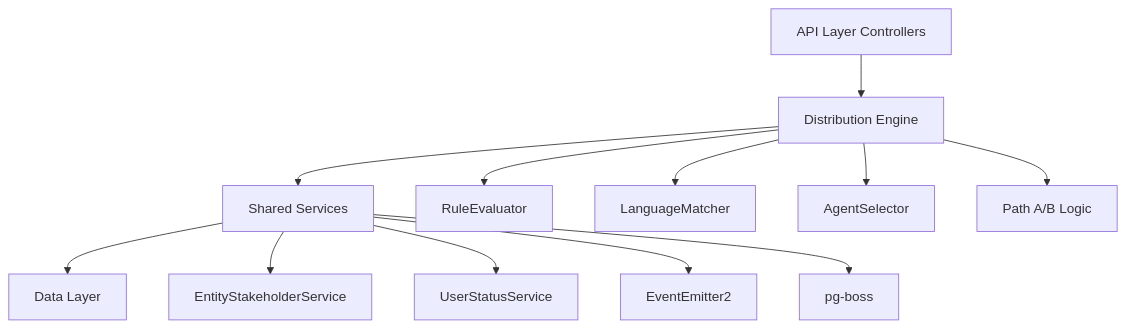
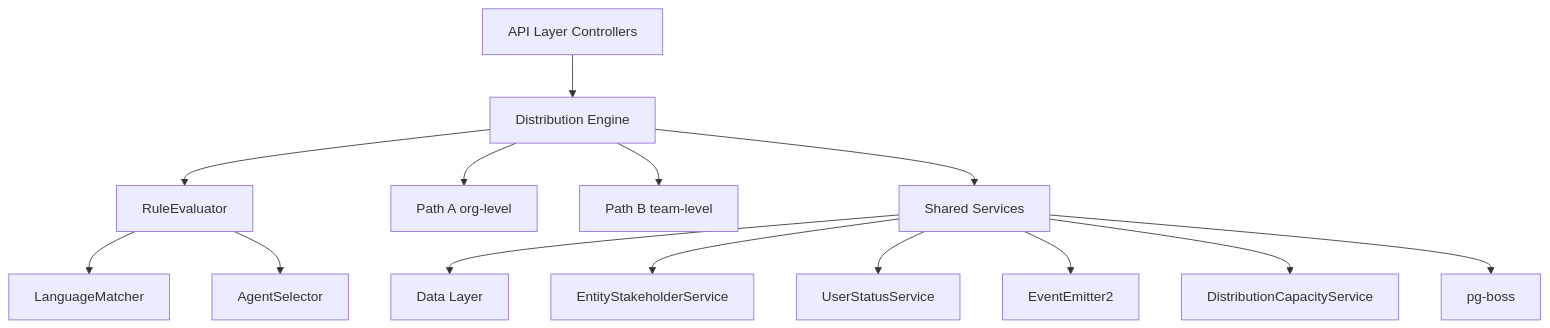
One commit to tech-propwise-org/docs changed the diagram in backend/crm/distribution-module-specification-active.mdx. Above: the diagram before and after it, drawn with Mermaid. The commit also changed other lines of this file and 71 other files, not shown here.

````diff
--- a/backend/crm/distribution-module-specification-active.mdx
+++ b/backend/crm/distribution-module-specification-active.mdx
@@ -78,16 +69,18 @@
 ```mermaid
 graph TD
     A[API Layer Controllers] --> B[Distribution Engine]
-    B --> C[Shared Services]
-    C --> D[Data Layer]
+    B --> C[RuleEvaluator]
+    B --> D[Path A org-level]
+    B --> E[Path B team-level]
+    B --> F[Shared Services]
+    F --> G[Data Layer]
     
-    B --> E[RuleEvaluator]
-    B --> F[LanguageMatcher]
-    B --> G[AgentSelector]
-    B --> H[Path A/B Logic]
+    C --> H[LanguageMatcher]
+    C --> I[AgentSelector]
     
-    C --> I[EntityStakeholderService]
-    C --> J[UserStatusService]
-    C --> K[EventEmitter2]
-    C --> L[pg-boss]
+    F --> J[EntityStakeholderService]
+    F --> K[UserStatusService]
+    F --> L[EventEmitter2]
+    F --> M[DistributionCapacityService]
+    F --> N[pg-boss]
 ```
````
